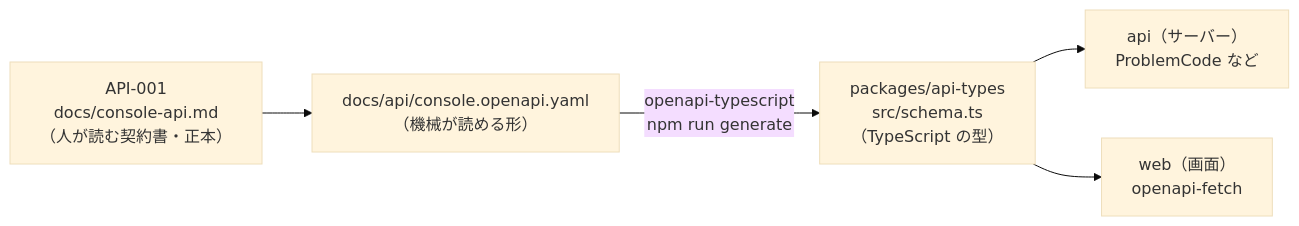
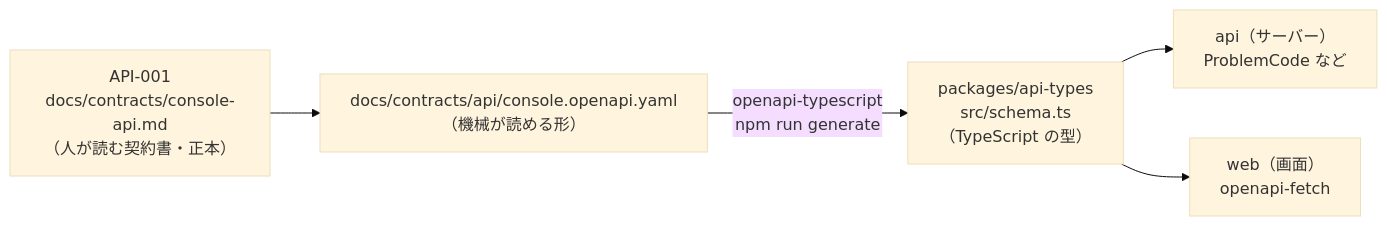
Before and after one commit to duwenji/yorisoi-tutorial: the first of 2 diagrams in 07-typescript/03-openapi.md, drawn with Mermaid (base theme). The commit also changed other lines of this file and 10 other files, not shown here.

````diff
--- a/07-typescript/03-openapi.md
+++ b/07-typescript/03-openapi.md
@@ -20,7 +20,7 @@
 ```mermaid
 flowchart LR
-    DOC["API-001<br/>docs/console-api.md<br/>（人が読む契約書・正本）"] --> OAS["docs/api/console.openapi.yaml<br/>（機械が読める形）"]
+    DOC["API-001<br/>docs/contracts/console-api.md<br/>（人が読む契約書・正本）"] --> OAS["docs/contracts/api/console.openapi.yaml<br/>（機械が読める形）"]
     OAS -->|"openapi-typescript<br/>npm run generate"| TYPES["packages/api-types<br/>src/schema.ts<br/>（TypeScript の型）"]
     TYPES --> API["api（サーバー）<br/>ProblemCode など"]
     TYPES --> WEB["web（画面）<br/>openapi-fetch"]
 ```
````
